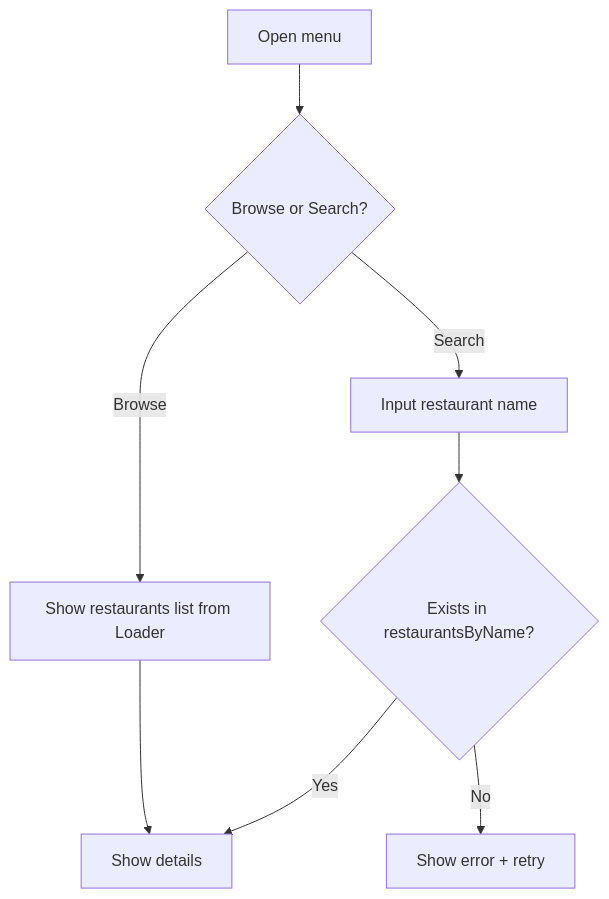
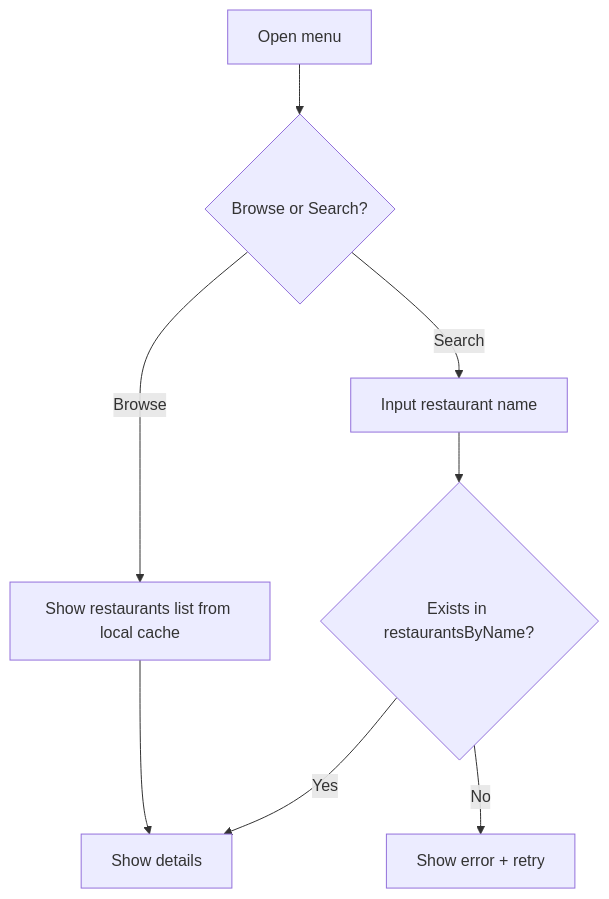
Before and after one commit to lcavagnari/TheKnifeProject_B: the eighth of 11 diagrams in docs/TECHNICAL_DOCUMENTATION.md, drawn with Mermaid. The commit also changed other lines of this file and 1 other file, not shown here.

````diff
--- a/docs/TECHNICAL_DOCUMENTATION.md
+++ b/docs/TECHNICAL_DOCUMENTATION.md
@@ -364,10 +449,10 @@
 ```mermaid
 flowchart TD
     A[Open menu] --> B{Browse or Search?}
-    B -- Browse --> C[Show restaurants list from Loader]
+    B -- Browse --> C[Show restaurants list from local cache]
     B -- Search --> D[Input restaurant name]
     D --> E{Exists in restaurantsByName?}
     E -- Yes --> F[Show details]
     E -- No --> G[Show error + retry]
     C --> F
 ```
````
